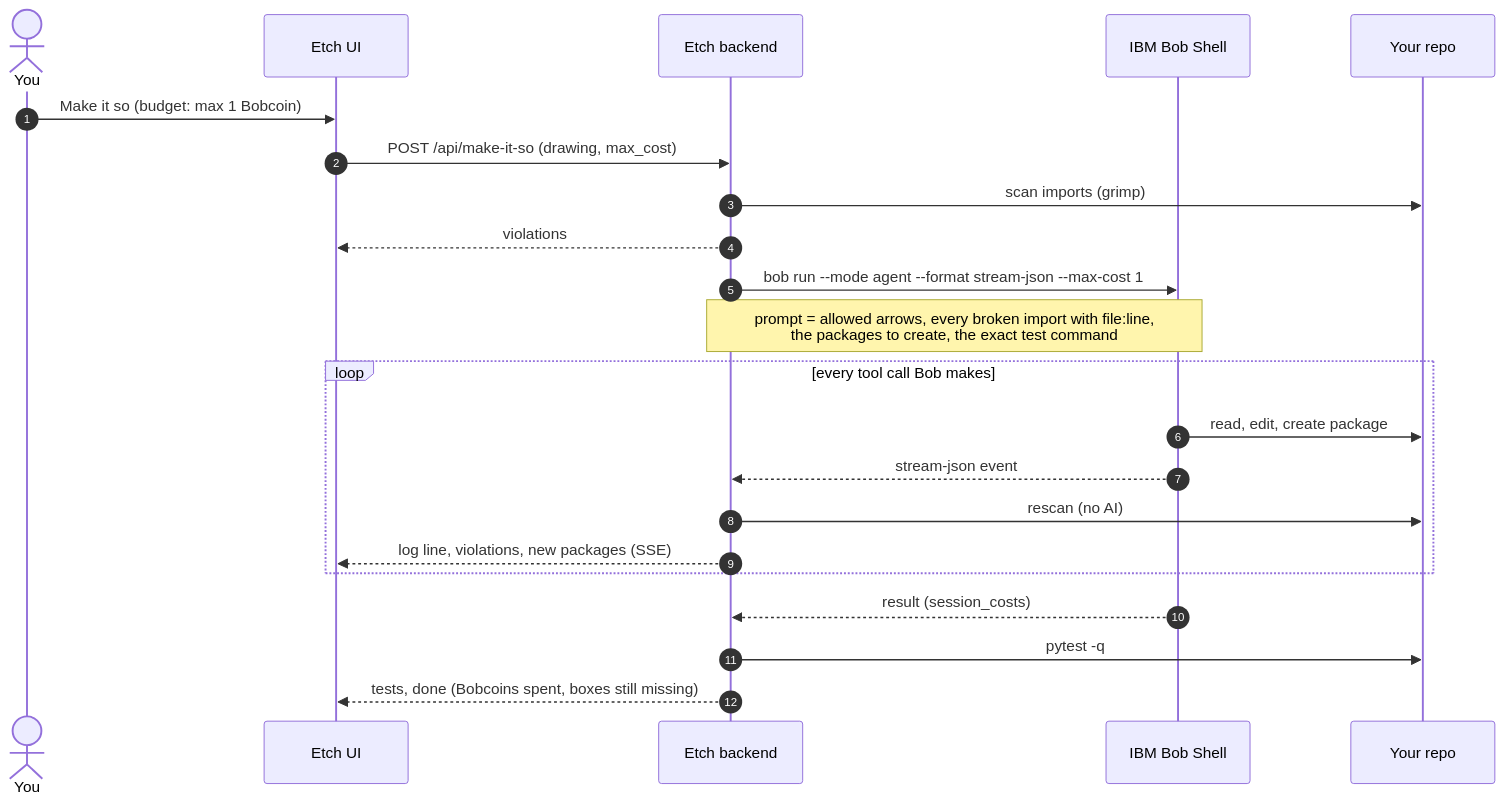
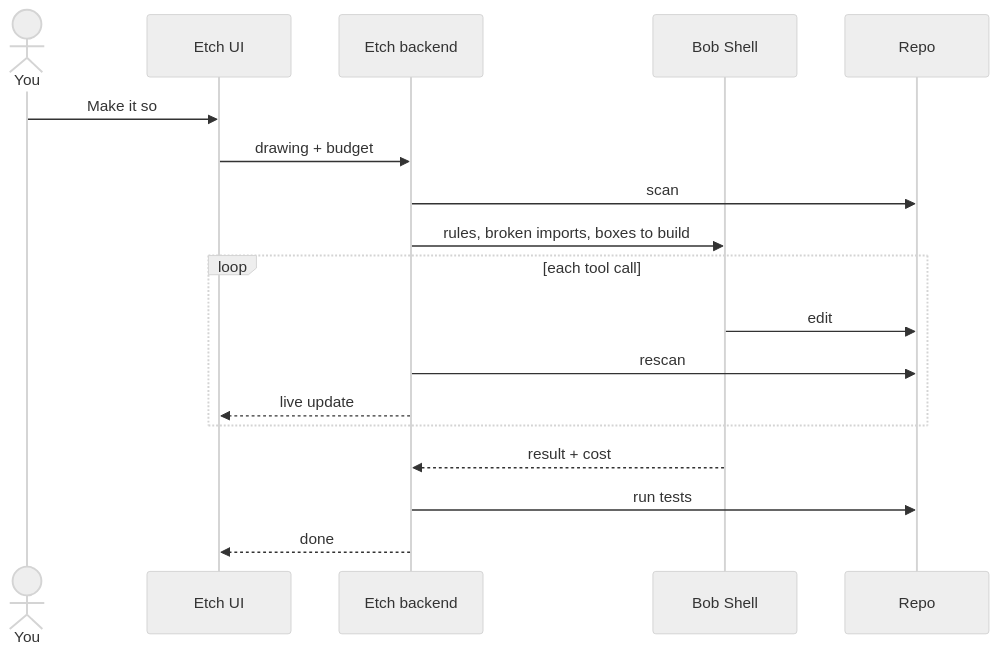
The second of 3 diagrams in README.md (SolaimanK05/etch), drawn with Mermaid before and after one commit. The commit also changed other lines of this file and 3 other files, not shown here.

Commit message:
README: minimal grayscale diagrams; screenshots show the Bobcoin budget picker

````diff
--- a/README.md
+++ b/README.md
@@ -143,25 +136,22 @@
 ```mermaid
+%%{init: {"theme": "neutral"}}%%
 sequenceDiagram
-    autonumber
     actor You
     participant UI as Etch UI
     participant API as Etch backend
-    participant Bob as IBM Bob Shell
-    participant Repo as Your repo
+    participant Bob as Bob Shell
+    participant Repo as Repo
 
-    You->>UI: Make it so (budget: max 1 Bobcoin)
-    UI->>API: POST /api/make-it-so (drawing, max_cost)
-    API->>Repo: scan imports (grimp)
-    API-->>UI: violations
-    API->>Bob: bob run --mode agent --format stream-json --max-cost 1
-    Note over API,Bob: prompt = allowed arrows, every broken import with file:line,<br/>the packages to create, the exact test command
-    loop every tool call Bob makes
-        Bob->>Repo: read, edit, create package
-        Bob-->>API: stream-json event
-        API->>Repo: rescan (no AI)
-        API-->>UI: log line, violations, new packages (SSE)
+    You->>UI: Make it so
+    UI->>API: drawing + budget
+    API->>Repo: scan
+    API->>Bob: rules, broken imports, boxes to build
+    loop each tool call
+        Bob->>Repo: edit
+        API->>Repo: rescan
+        API-->>UI: live update
     end
-    Bob-->>API: result (session_costs)
-    API->>Repo: pytest -q
-    API-->>UI: tests, done (Bobcoins spent, boxes still missing)
+    Bob-->>API: result + cost
+    API->>Repo: run tests
+    API-->>UI: done
 ```
````
